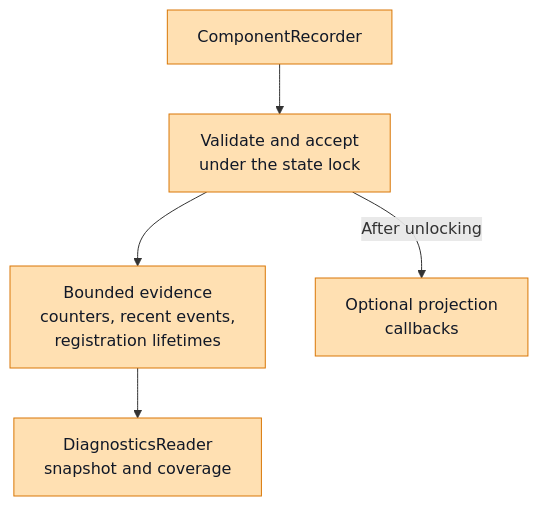
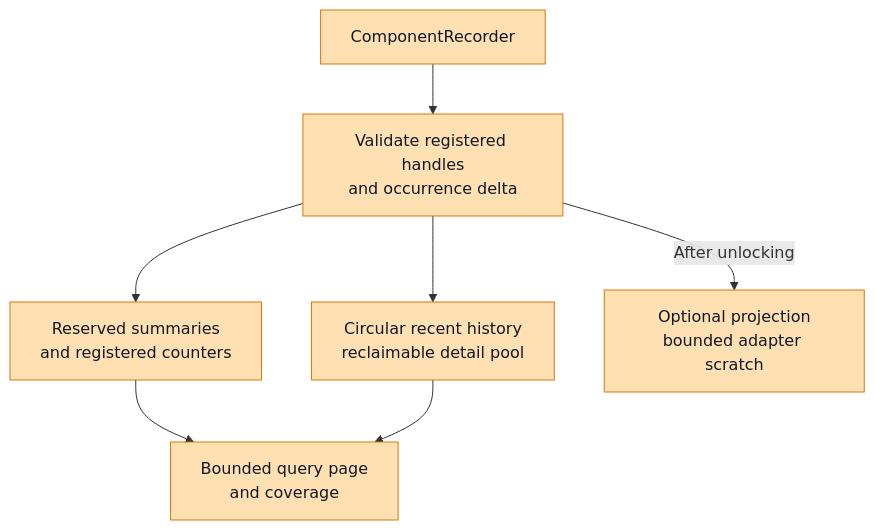
The first of 4 diagrams in docs/contribute/diagnostics-phase-one.md (NVIDIA/NeMo-Relay), drawn with Mermaid before and after one commit. The commit also changed other lines of this file and 29 other files, not shown here.

First line of the commit message:
feat: implement bounded runtime diagnostics foundation

````diff
--- a/docs/contribute/diagnostics-phase-one.md
+++ b/docs/contribute/diagnostics-phase-one.md
@@ -138,10 +472,12 @@
 ```mermaid
 flowchart TB
-    Recorder["ComponentRecorder"] --> Accept["Validate and accept<br/>under the state lock"]
-    Accept --> State["Bounded evidence<br/>counters, recent events,<br/>registration lifetimes"]
-    State --> Reader["DiagnosticsReader<br/>snapshot and coverage"]
-    Accept -->|After unlocking| Projection["Optional projection<br/>callbacks"]
+    Recorder["ComponentRecorder"] --> Accept["Validate registered handles<br/>and occurrence delta"]
+    Accept --> Summary["Reserved summaries<br/>and registered counters"]
+    Accept --> History["Circular recent history<br/>reclaimable detail pool"]
+    Summary --> Reader["Bounded query page<br/>and coverage"]
+    History --> Reader
+    Accept -->|After unlocking| Projection["Optional projection<br/>bounded adapter scratch"]
 
     classDef shared fill:#FFE0B2,stroke:#D97706,color:#111827;
-    class Recorder,Accept,State,Reader,Projection shared;
+    class Recorder,Accept,Summary,History,Reader,Projection shared;
 ```
````
